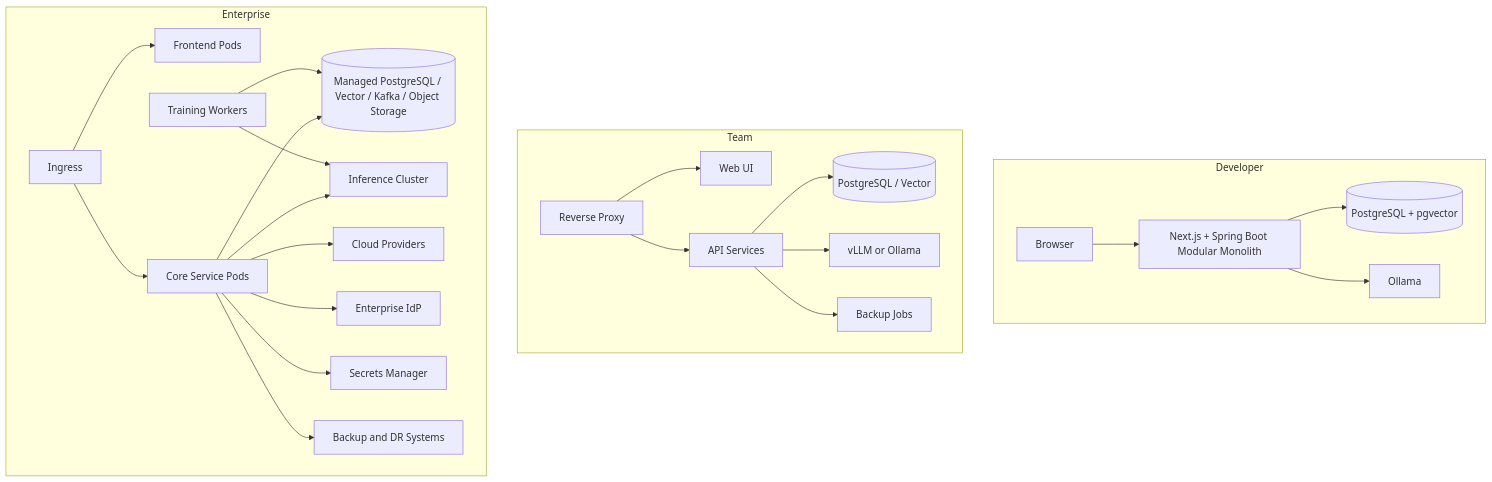
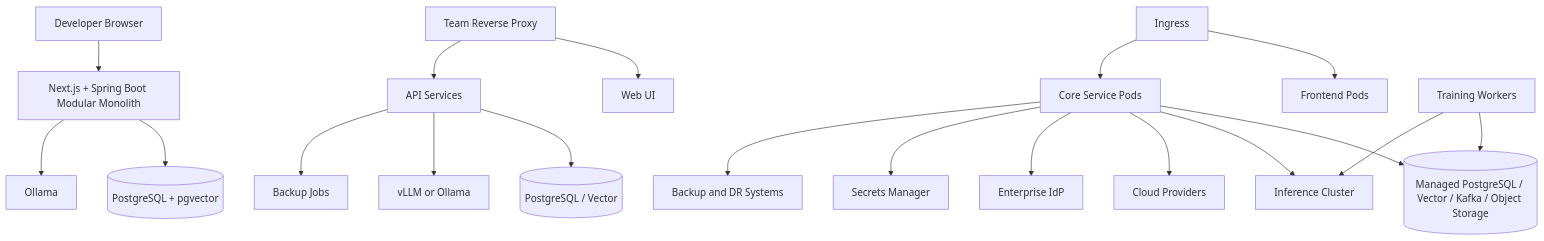
One commit to dcfrancisco/open-intelligence-platform changed the third of 7 diagrams in docs/architecture.md. Above: the diagram before and after it, drawn with Mermaid. The commit also changed other lines of this file and 110 other files, not shown here.

First line of the commit message:
Add documentation and initial setup files for MVP and architecture

````diff
--- a/docs/architecture.md
+++ b/docs/architecture.md
@@ -365,48 +442,23 @@
 ```mermaid
-flowchart TB
-    subgraph Developer
-        LUI[Browser]
-        LApp[Next.js + Spring Boot Modular Monolith]
-        LDB[(PostgreSQL + pgvector)]
-        LOllama[Ollama]
-        LUI --> LApp --> LDB
-        LApp --> LOllama
-    end
+flowchart TD
+    DeveloperBrowser[Developer Browser] --> DevApp[Next.js + Spring Boot Modular Monolith]
+    DevApp --> DevDB[(PostgreSQL + pgvector)]
+    DevApp --> DevOllama[Ollama]
 
-    subgraph Team
-        SProxy[Reverse Proxy]
-        SUI[Web UI]
-        SAPI[API Services]
-        SData[(PostgreSQL / Vector)]
-        SVLLM[vLLM or Ollama]
-        SBackup[Backup Jobs]
-        SProxy --> SUI
-        SProxy --> SAPI
-        SAPI --> SData
-        SAPI --> SVLLM
-        SAPI --> SBackup
-    end
+    TeamProxy[Team Reverse Proxy] --> TeamUI[Web UI]
+    TeamProxy --> TeamAPI[API Services]
+    TeamAPI --> TeamData[(PostgreSQL / Vector)]
+    TeamAPI --> TeamModels[vLLM or Ollama]
+    TeamAPI --> TeamBackup[Backup Jobs]
 
-    subgraph Enterprise
-        Ingress[Ingress]
-        FE[Frontend Pods]
-        Core[Core Service Pods]
-        Train[Training Workers]
-        Data[(Managed PostgreSQL / Vector / Kafka / Object Storage)]
-        LocalAI[Inference Cluster]
-        CloudAI[Cloud Providers]
-        IdP[Enterprise IdP]
-        Vault[Secrets Manager]
-        DR[Backup and DR Systems]
-        Ingress --> FE
-        Ingress --> Core
-        Core --> Data
-        Core --> LocalAI
-        Core --> CloudAI
-        Core --> IdP
-        Core --> Vault
-        Core --> DR
-        Train --> Data
-        Train --> LocalAI
-    end
+    EnterpriseIngress[Ingress] --> EnterpriseFE[Frontend Pods]
+    EnterpriseIngress --> EnterpriseCore[Core Service Pods]
+    EnterpriseCore --> EnterpriseData[(Managed PostgreSQL / Vector / Kafka / Object Storage)]
+    EnterpriseCore --> EnterpriseAI[Inference Cluster]
+    EnterpriseCore --> EnterpriseCloud[Cloud Providers]
+    EnterpriseCore --> EnterpriseIdP[Enterprise IdP]
+    EnterpriseCore --> EnterpriseVault[Secrets Manager]
+    EnterpriseCore --> EnterpriseDR[Backup and DR Systems]
+    EnterpriseTrain[Training Workers] --> EnterpriseData
+    EnterpriseTrain --> EnterpriseAI
 ```
````
